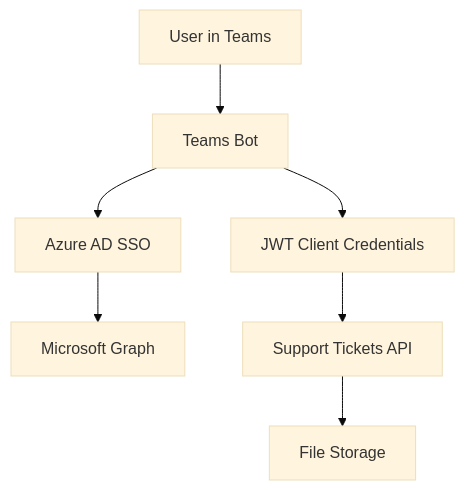
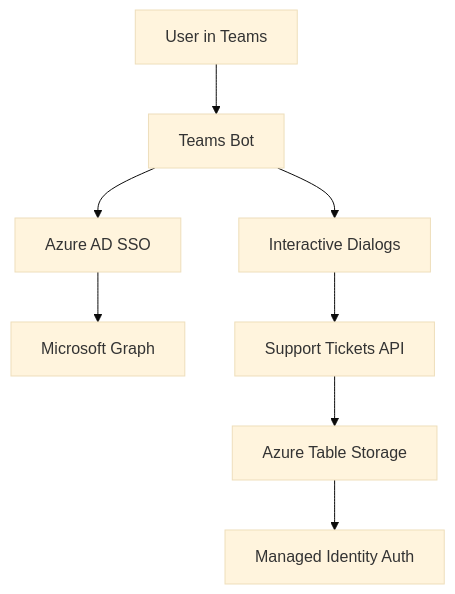
The diagram in README.md (sayedpfe/BotwithTeamsSSO), drawn with Mermaid (base theme) before and after one commit. The commit also changed other lines of this file and 5 other files, not shown here.

````diff
--- a/README.md
+++ b/README.md
@@ -20,9 +33,10 @@
 ```mermaid
 graph TD
     A[User in Teams] --> B[Teams Bot]
     B --> C[Azure AD SSO]
     C --> D[Microsoft Graph]
-    B --> E[JWT Client Credentials]
+    B --> E[Interactive Dialogs]
     E --> F[Support Tickets API]
-    F --> G[File Storage]
+    F --> G[Azure Table Storage]
+    G --> H[Managed Identity Auth]
 ```
````
